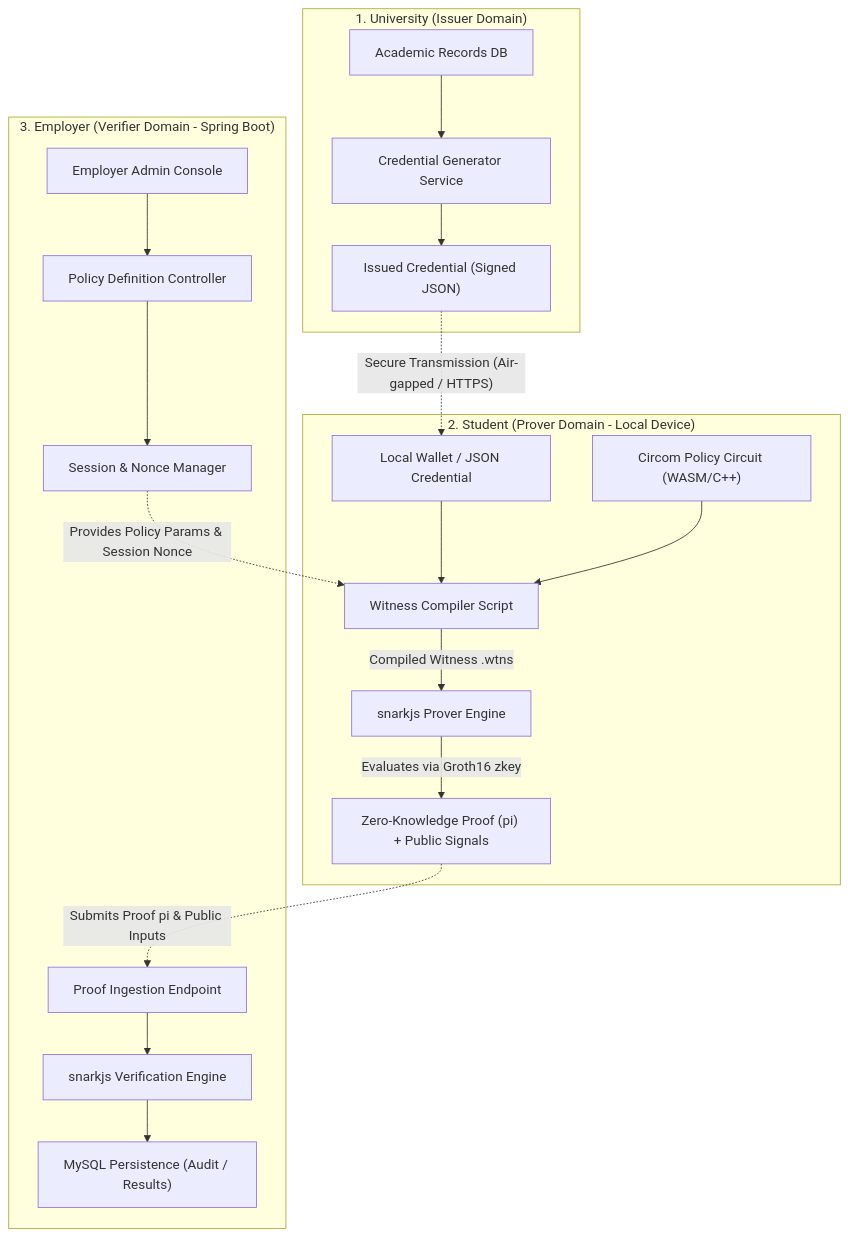
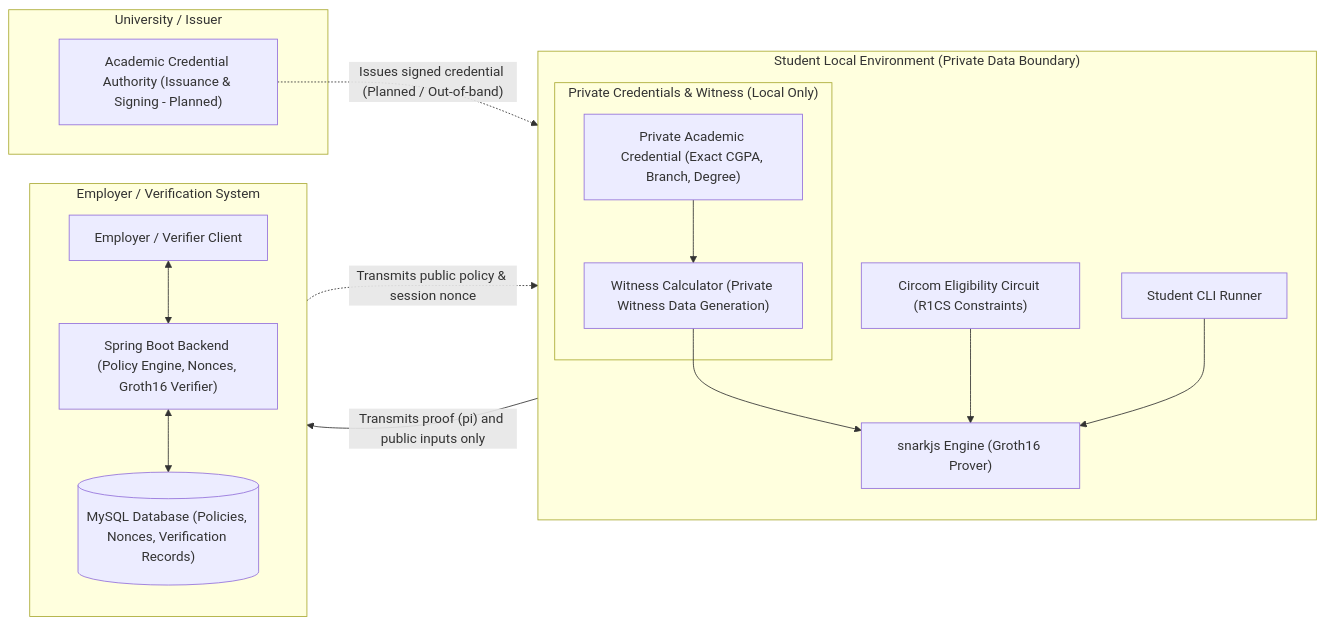
The diagram in README.md (mahasri06/zkp-academic-credential-verification), drawn with Mermaid before and after one commit. The commit also changed other lines of this file, not shown here.

Commit message:
docs: finalize project README and architecture

````diff
--- a/README.md
+++ b/README.md
@@ -132,31 +46,36 @@
 ```mermaid
-flowchart TD
-    subgraph IssuerDomain["1. University (Issuer Domain)"]
-        A1["Academic Records DB"] --> A2["Credential Generator Service"]
-        A2 --> A3["Issued Credential (Signed JSON)"]
+flowchart LR
+    subgraph Issuer["University / Issuer"]
+        Univ["Academic Credential Authority (Issuance & Signing - Planned)"]
     end
 
-    subgraph ProverDomain["2. Student (Prover Domain - Local Device)"]
-        B1["Local Wallet / JSON Credential"]
-        B2["Witness Compiler Script"]
-        B3["Circom Policy Circuit (WASM/C++)"]
-        B4["snarkjs Prover Engine"]
-        B5["Zero-Knowledge Proof (pi) + Public Signals"]
-        
-        B1 --> B2
-        B3 --> B2
-        B2 -->|Compiled Witness .wtns| B4
-        B4 -->|Evaluates via Groth16 zkey| B5
+    subgraph Student["Student Local Environment (Private Data Boundary)"]
+        direction TB
+        subgraph LocalData["Private Credentials & Witness (Local Only)"]
+            Cred["Private Academic Credential (Exact CGPA, Branch, Degree)"]
+            Witness["Witness Calculator (Private Witness Data Generation)"]
+        end
+        CLI["Student CLI Runner"]
+        Circuit["Circom Eligibility Circuit (R1CS Constraints)"]
+        Prover["snarkjs Engine (Groth16 Prover)"]
+
+        Cred --> Witness
+        Witness --> Prover
+        Circuit --> Prover
+        CLI --> Prover
     end
 
-    subgraph VerifierDomain["3. Employer (Verifier Domain - Spring Boot)"]
-        C1["Employer Admin Console"] --> C2["Policy Definition Controller"]
-        C2 --> C3["Session & Nonce Manager"]
-        C4["Proof Ingestion Endpoint"] --> C5["snarkjs Verification Engine"]
-        C5 --> C6["MySQL Persistence (Audit / Results)"]
+    subgraph Verifier["Employer / Verification System"]
+        direction TB
+        Employer["Employer / Verifier Client"]
+        Backend["Spring Boot Backend (Policy Engine, Nonces, Groth16 Verifier)"]
+        Database[("MySQL Database (Policies, Nonces, Verification Records)")]
+
+        Employer <--> Backend
+        Backend <--> Database
     end
 
-    A3 -.->|"Secure Transmission (Air-gapped / HTTPS)"| B1
-    C3 -.->|"Provides Policy Params & Session Nonce"| B2
-    B5 -.->|"Submits Proof pi & Public Inputs"| C4
+    Univ -.->|"Issues signed credential (Planned / Out-of-band)"| Cred
+    Backend -.->|"Transmits public policy & session nonce"| CLI
+    Prover -->|"Transmits proof (pi) and public inputs only"| Backend
 ```
````
